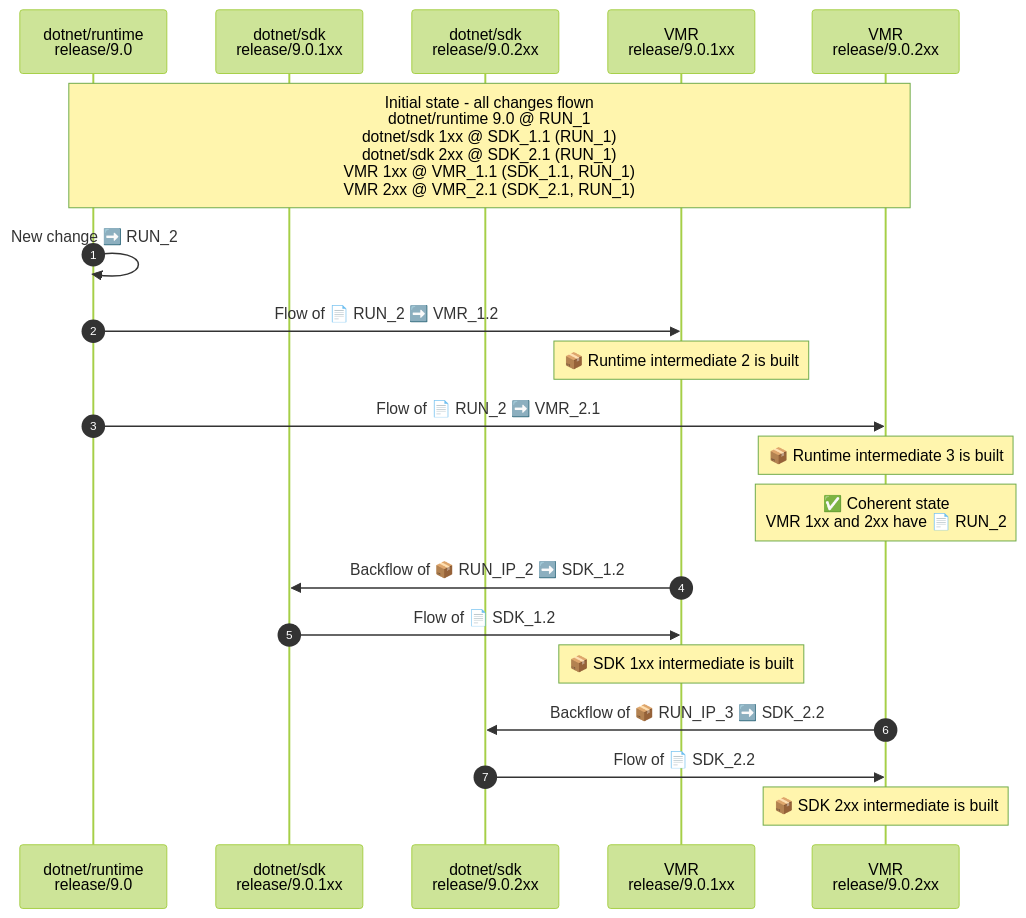
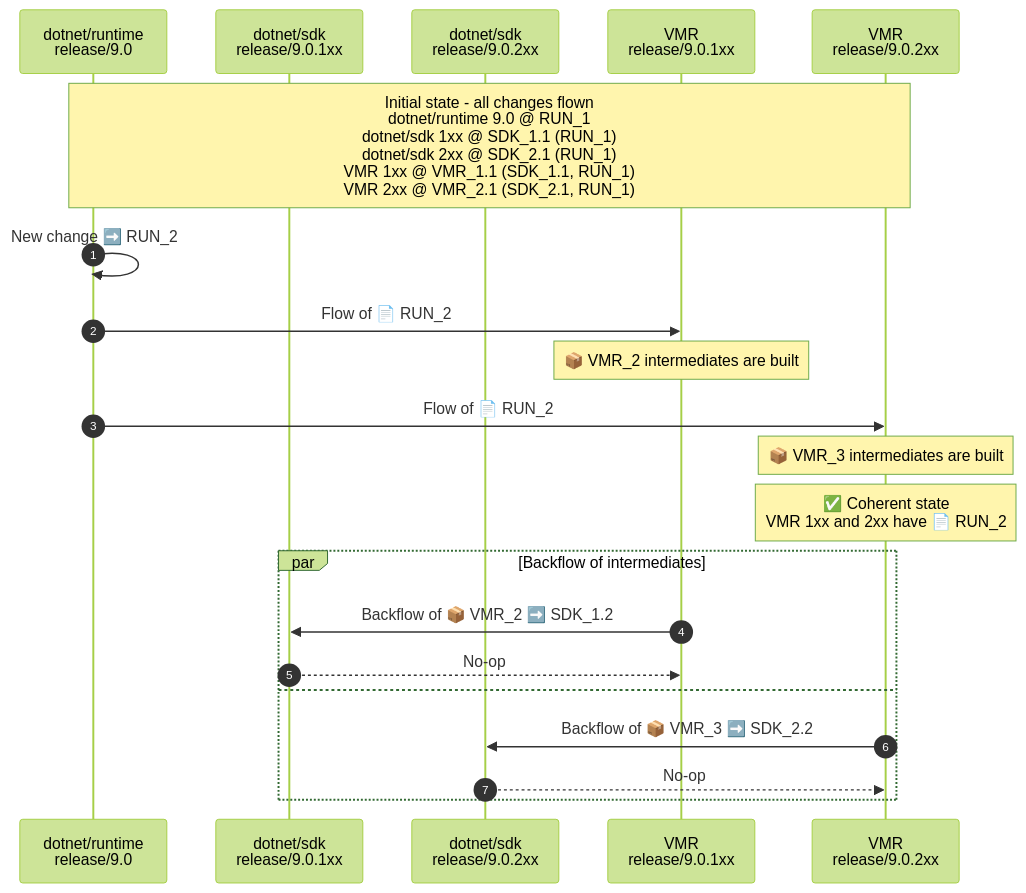
One commit to dotnet/arcade changed the fifth of 8 diagrams in Documentation/UnifiedBuild/VMR-Managing-SDK-Bands.md. Above: the diagram before and after it, drawn with Mermaid (forest theme). The commit also changed other lines of this file, not shown here.

````diff
--- a/Documentation/UnifiedBuild/VMR-Managing-SDK-Bands.md
+++ b/Documentation/UnifiedBuild/VMR-Managing-SDK-Bands.md
@@ -282,29 +282,29 @@
 ```mermaid
 sequenceDiagram
     autonumber
 
     participant runtime as dotnet/runtime<br />release/9.0
     participant SDK_1xx as dotnet/sdk<br />release/9.0.1xx
     participant SDK_2xx as dotnet/sdk<br />release/9.0.2xx
     participant VMR_1xx as VMR<br />release/9.0.1xx
     participant VMR_2xx as VMR<br />release/9.0.2xx
 
     Note over runtime, VMR_2xx: Initial state - all changes flown<br />dotnet/runtime 9.0 @ RUN_1<br />dotnet/sdk 1xx @ SDK_1.1 (RUN_1)<br />dotnet/sdk 2xx @ SDK_2.1 (RUN_1)<br />VMR 1xx @ VMR_1.1 (SDK_1.1, RUN_1)<br />VMR 2xx @ VMR_2.1 (SDK_2.1, RUN_1)
 
     runtime->>runtime: New change ➡️ RUN_2
 
-    runtime->>VMR_1xx: Flow of 📄 RUN_2 ➡️ VMR_1.2
-    Note over VMR_1xx: 📦 Runtime intermediate 2 is built
-    runtime->>VMR_2xx: Flow of 📄 RUN_2 ➡️ VMR_2.1
-    Note over VMR_2xx: 📦 Runtime intermediate 3 is built
+    runtime->>VMR_1xx: Flow of 📄 RUN_2
+    Note over VMR_1xx: 📦 VMR_2 intermediates are built
+    runtime->>VMR_2xx: Flow of 📄 RUN_2
+    Note over VMR_2xx: 📦 VMR_3 intermediates are built
 
     Note over VMR_2xx: ✅ Coherent state<br />VMR 1xx and 2xx have 📄 RUN_2
 
-    # Backflow
-    VMR_1xx->>SDK_1xx: Backflow of 📦 RUN_IP_2 ➡️ SDK_1.2
-    SDK_1xx->>VMR_1xx: Flow of 📄 SDK_1.2
-    Note over VMR_1xx: 📦 SDK 1xx intermediate is built
-    VMR_2xx->>SDK_2xx: Backflow of 📦 RUN_IP_3 ➡️ SDK_2.2
-    SDK_2xx->>VMR_2xx: Flow of 📄 SDK_2.2
-    Note over VMR_2xx: 📦 SDK 2xx intermediate is built
+    par Backflow of intermediates
+        VMR_1xx->>SDK_1xx: Backflow of 📦 VMR_2 ➡️ SDK_1.2
+        SDK_1xx-->>VMR_1xx: No-op
+    and
+        VMR_2xx->>SDK_2xx: Backflow of 📦 VMR_3 ➡️ SDK_2.2
+        SDK_2xx-->>VMR_2xx: No-op
+    end
 ```
````
